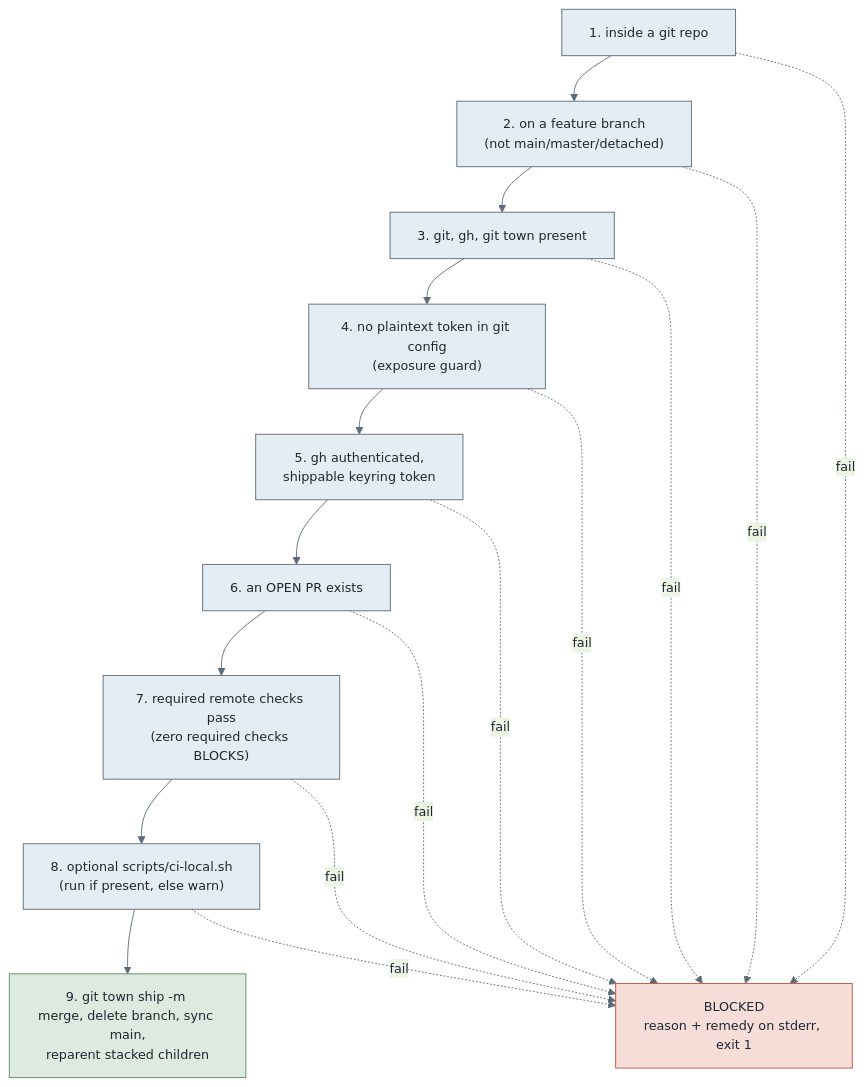
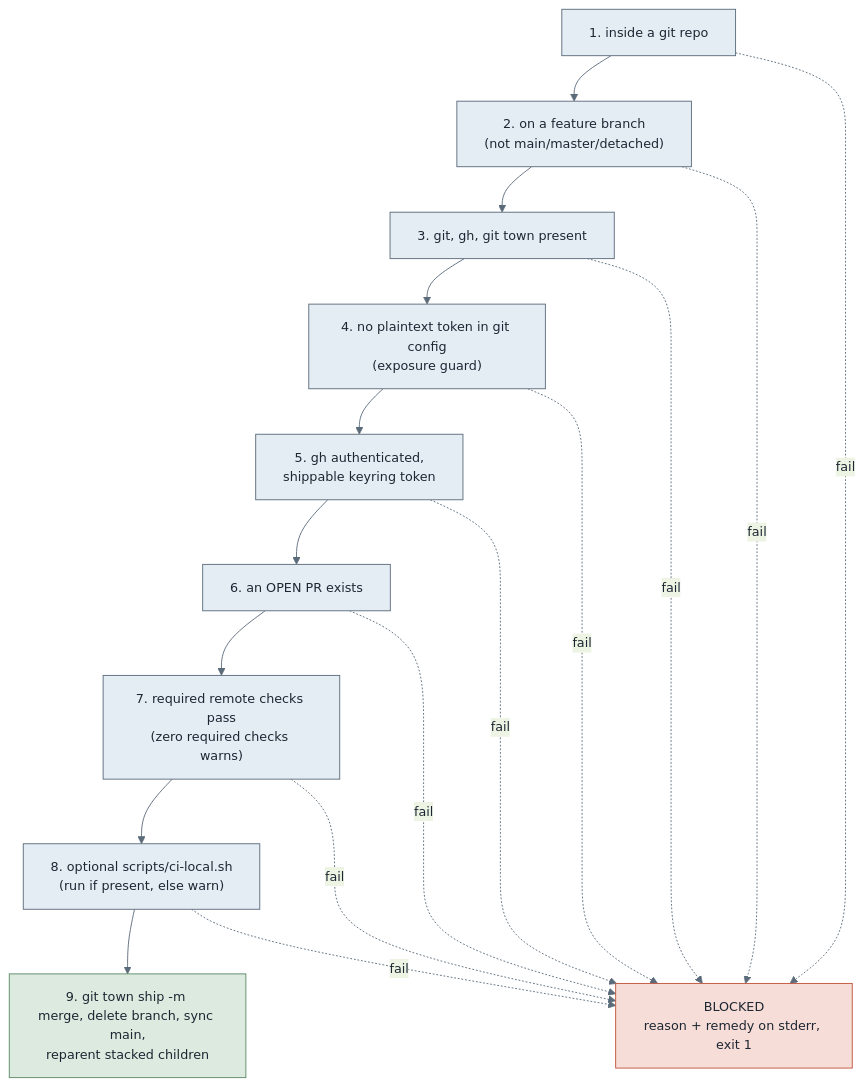
One commit to omerosaienni/agent-sdlc changed the diagram in docs/merge-pr.md. Above: the diagram before and after it, drawn with Mermaid. The commit also changed 2 other files, not shown here.

Commit message:
Warn instead of block when a PR has no required checks
Zero required checks is not a red check; it is the no-checks-configured
case. Blocking it stopped legitimate repos that carry no required checks
from ever shipping. Downgrade to a warning that states nothing was verified
remotely, leaving the optional local CI step and manual verification as the
operator's recourse. A pending or failing required check still blocks.

````diff
--- a/docs/merge-pr.md
+++ b/docs/merge-pr.md
@@ -35,31 +35,31 @@
 ```mermaid
 %%{init: {'theme':'base','themeVariables':{'primaryColor':'#e4edf4','primaryTextColor':'#1d2733','primaryBorderColor':'#5b6b7a','lineColor':'#5b6b7a','fontSize':'14px'}}}%%
 flowchart TD
     g1["1. inside a git repo"]
     g2["2. on a feature branch<br/>(not main/master/detached)"]
     g3["3. git, gh, git town present"]
     g4["4. no plaintext token in git config<br/>(exposure guard)"]
     g5["5. gh authenticated,<br/>shippable keyring token"]
     g6["6. an OPEN PR exists"]
-    g7["7. required remote checks pass<br/>(zero required checks BLOCKS)"]
+    g7["7. required remote checks pass<br/>(zero required checks warns)"]
     g8["8. optional scripts/ci-local.sh<br/>(run if present, else warn)"]
     ship["9. git town ship -m <msg><br/>merge, delete branch, sync main,<br/>reparent stacked children"]
     blocked["BLOCKED<br/>reason + remedy on stderr, exit 1"]
 
     g1 --> g2 --> g3 --> g4 --> g5 --> g6 --> g7 --> g8 --> ship
     g1 -.->|fail| blocked
     g2 -.->|fail| blocked
     g3 -.->|fail| blocked
     g4 -.->|fail| blocked
     g5 -.->|fail| blocked
     g6 -.->|fail| blocked
     g7 -.->|fail| blocked
     g8 -.->|fail| blocked
 
     classDef gate fill:#e4edf4,stroke:#5b6b7a,color:#1d2733;
     classDef good fill:#dceadf,stroke:#5a8a66,color:#1d2733;
     classDef bad fill:#f7ddd7,stroke:#c0533b,color:#1d2733;
     class g1,g2,g3,g4,g5,g6,g7,g8 gate;
     class ship good;
     class blocked bad;
 ```
````
